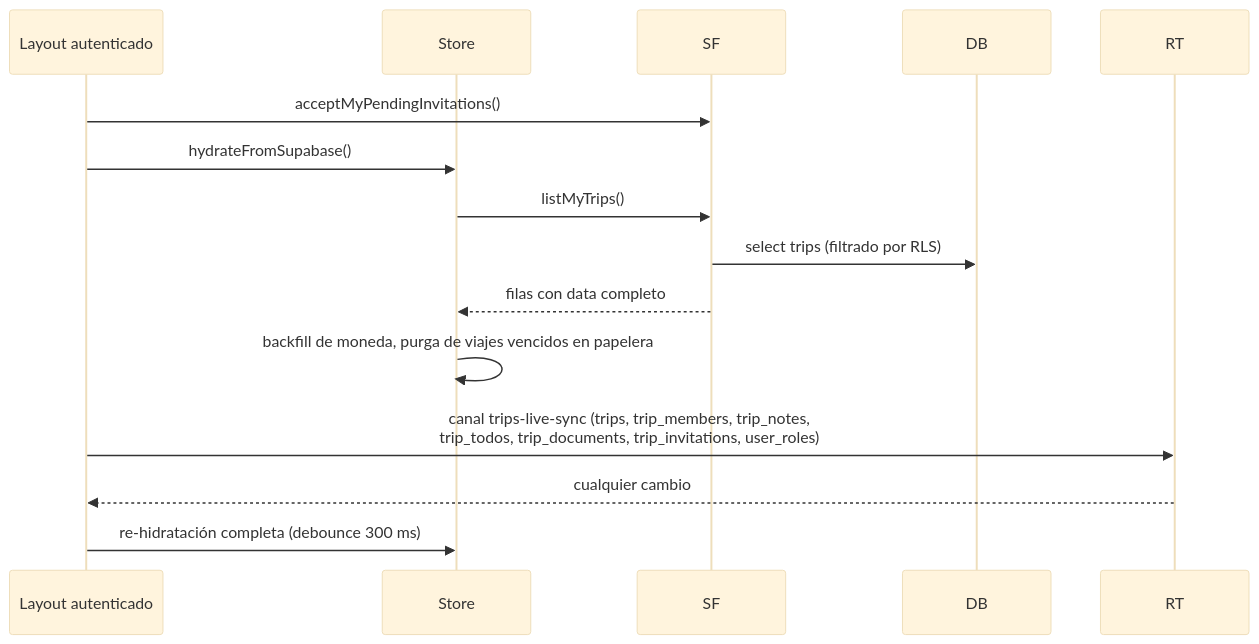
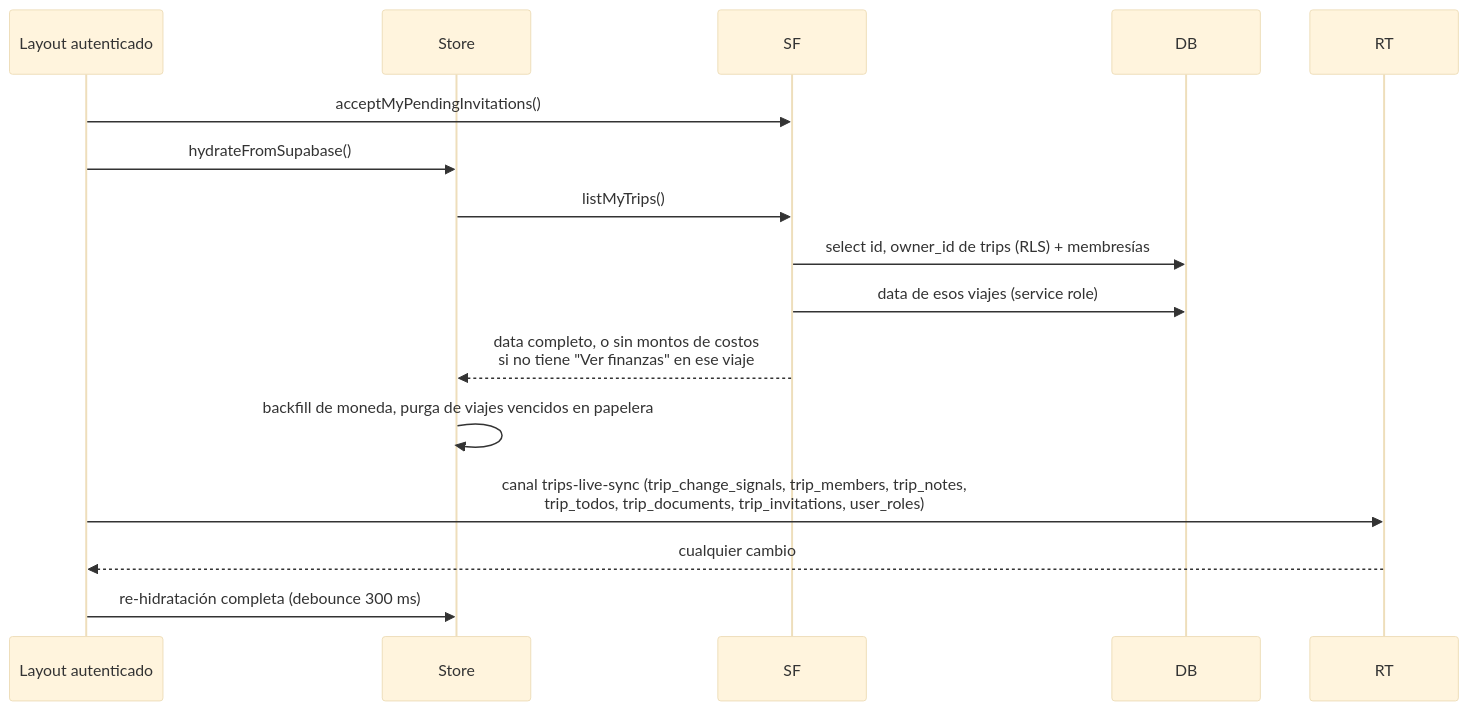
One commit to gaby26203/planeii changed the fourth of 20 diagrams in docs/flujos.md. Above: the diagram before and after it, drawn with Mermaid (base theme). The commit also changed other lines of this file and 15 other files, not shown here.

First line of the commit message:
Leer el JSON del viaje solo desde el servidor y ocultar montos sin "Ver finanzas"

````diff
--- a/docs/flujos.md
+++ b/docs/flujos.md
@@ -140,17 +140,18 @@
 ```mermaid
 sequenceDiagram
   participant L as Layout autenticado
   participant S as Store
   participant SF
   participant DB
   participant RT
   L->>SF: acceptMyPendingInvitations()
   L->>S: hydrateFromSupabase()
   S->>SF: listMyTrips()
-  SF->>DB: select trips (filtrado por RLS)
-  SF-->>S: filas con data completo
+  SF->>DB: select id, owner_id de trips (RLS) + membresías
+  SF->>DB: data de esos viajes (service role)
+  SF-->>S: data completo, o sin montos de costos<br/>si no tiene "Ver finanzas" en ese viaje
   S->>S: backfill de moneda, purga de viajes vencidos en papelera
-  L->>RT: canal trips-live-sync (trips, trip_members, trip_notes,<br/>trip_todos, trip_documents, trip_invitations, user_roles)
+  L->>RT: canal trips-live-sync (trip_change_signals, trip_members, trip_notes,<br/>trip_todos, trip_documents, trip_invitations, user_roles)
   RT-->>L: cualquier cambio
   L->>S: re-hidratación completa (debounce 300 ms)
 ```
````
